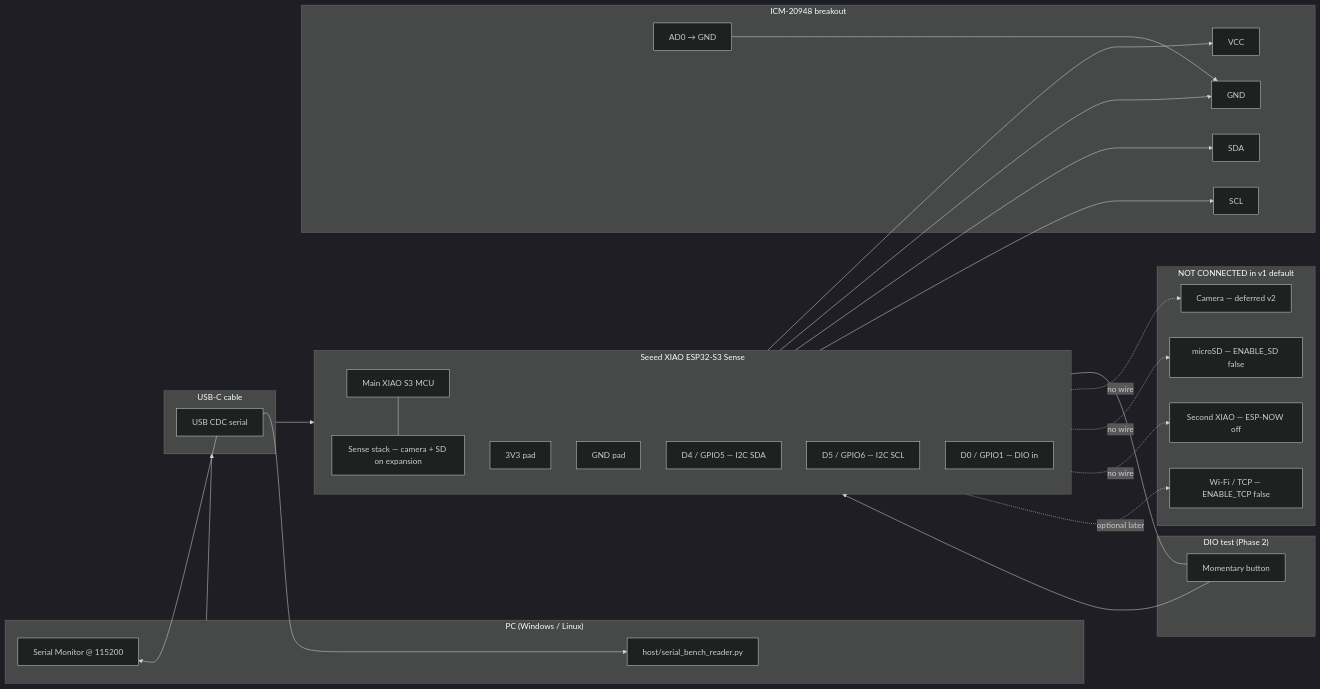
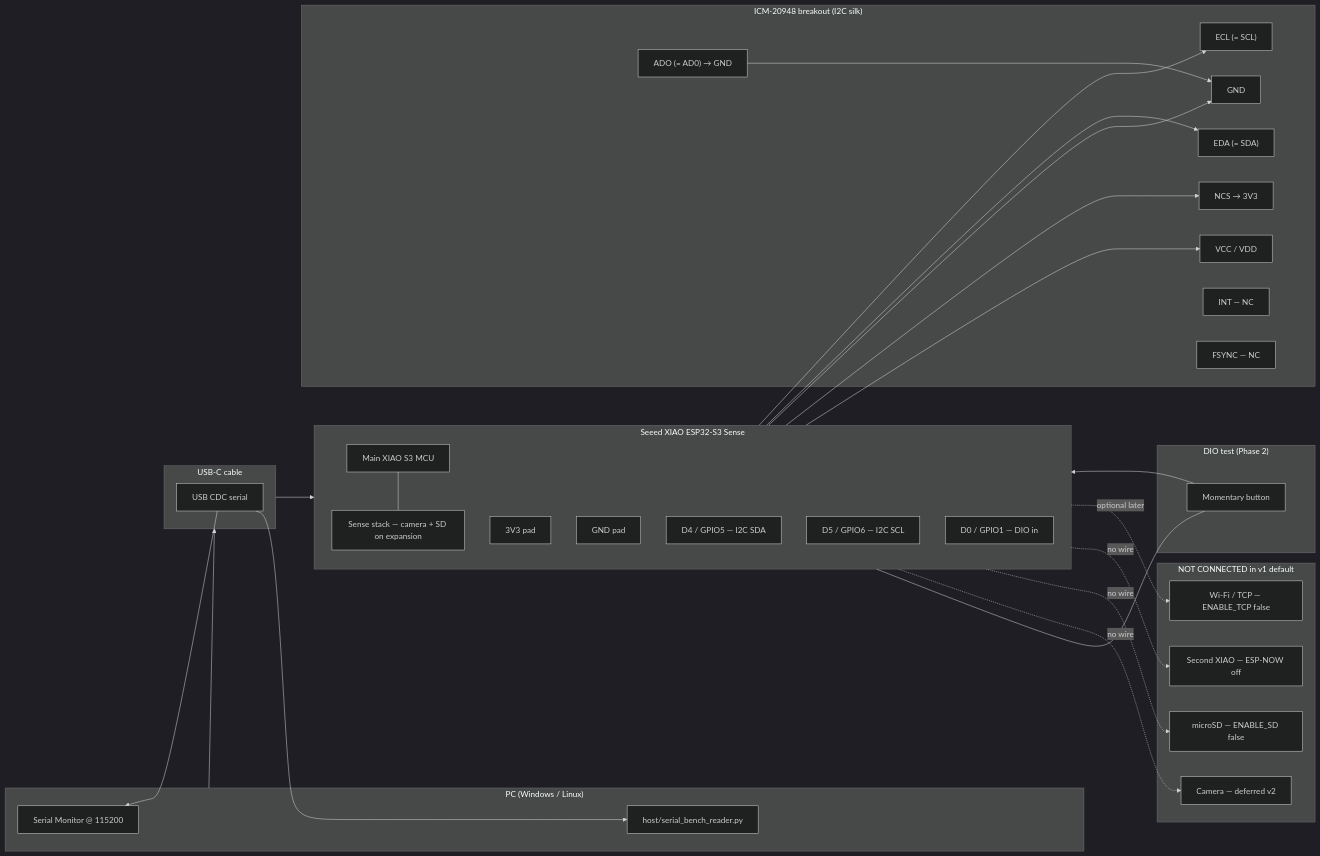
One commit to Minkeejung0415/ESP32-S3 changed the diagram in docs/wiring-diagram.md. Above: the diagram before and after it, drawn with Mermaid (dark theme). The commit also changed other lines of this file and 1 other file, not shown here.

First line of the commit message:
Document ICM20948 EDA/ECL/NCS I2C pin labels

````diff
--- a/docs/wiring-diagram.md
+++ b/docs/wiring-diagram.md
@@ -20,59 +20,63 @@
 ```mermaid
 flowchart LR
   subgraph PC["PC (Windows / Linux)"]
     SM["Serial Monitor @ 115200"]
     PY["host/serial_bench_reader.py"]
   end
 
   subgraph USB["USB-C cable"]
     CDC["USB CDC serial"]
   end
 
   subgraph XIAO["Seeed XIAO ESP32-S3 Sense"]
     direction TB
     MAIN["Main XIAO S3 MCU"]
     SENSE["Sense stack — camera + SD on expansion"]
     MAIN --- SENSE
     P3V3["3V3 pad"]
     PGND["GND pad"]
     PD4["D4 / GPIO5 — I2C SDA"]
     PD5["D5 / GPIO6 — I2C SCL"]
     PD0["D0 / GPIO1 — DIO in"]
   end
 
-  subgraph ICM["ICM-20948 breakout"]
-    IVCC["VCC"]
+  subgraph ICM["ICM-20948 breakout (I2C silk)"]
+    IVCC["VCC / VDD"]
     IGND["GND"]
-    ISDA["SDA"]
-    ISCL["SCL"]
-    IAD0["AD0 → GND"]
+    IEDA["EDA (= SDA)"]
+    IECL["ECL (= SCL)"]
+    IADO["ADO (= AD0) → GND"]
+    INCS["NCS → 3V3"]
+    IINT["INT — NC"]
+    IFSYNC["FSYNC — NC"]
   end
 
   subgraph DIO["DIO test (Phase 2)"]
     BTN["Momentary button"]
   end
 
   subgraph NC["NOT CONNECTED in v1 default"]
     CAM["Camera — deferred v2"]
     SD["microSD — ENABLE_SD false"]
     ESP2["Second XIAO — ESP-NOW off"]
     WIFI["Wi-Fi / TCP — ENABLE_TCP false"]
   end
 
   PC --> USB
   USB --> MAIN
   P3V3 --> IVCC
+  P3V3 --> INCS
   PGND --> IGND
-  PD4 --> ISDA
-  PD5 --> ISCL
-  IAD0 --> IGND
+  PD4 --> IEDA
+  PD5 --> IECL
+  IADO --> IGND
   PD0 --- BTN
   BTN --> PGND
   SENSE -.->|"no wire"| CAM
   SENSE -.->|"no wire"| SD
   MAIN -.->|"no wire"| ESP2
   MAIN -.->|"optional later"| WIFI
 
   CDC --> SM
   CDC --> PY
 ```
````
